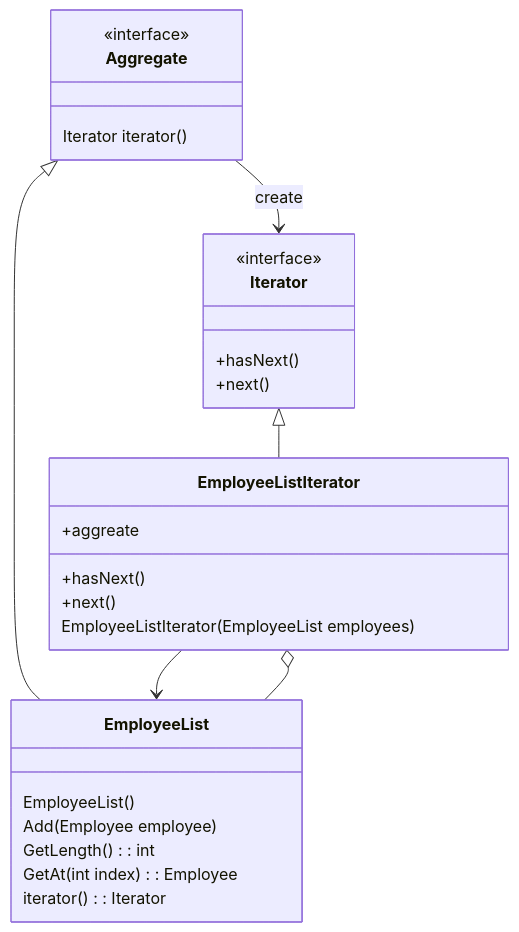
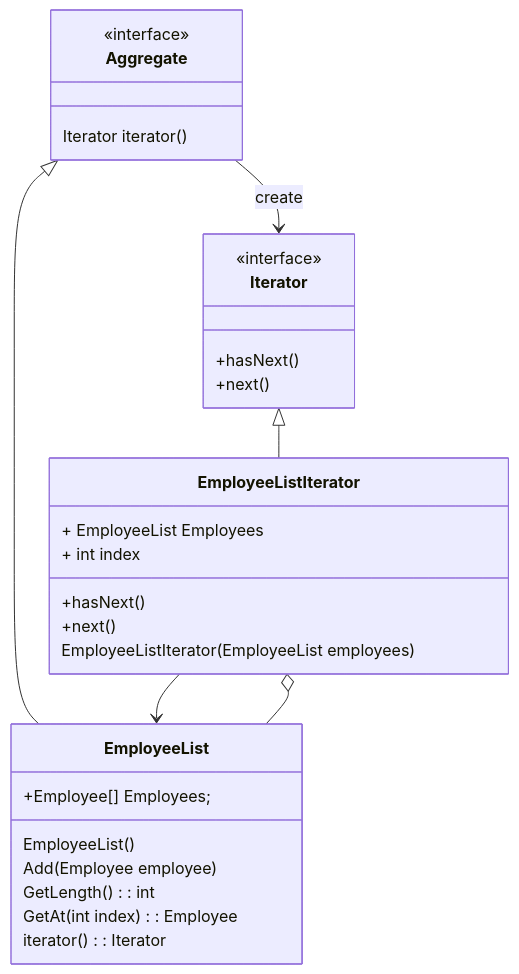
Before and after one commit to tungphan94/DesignPattern: the second of 2 diagrams in Iterator/README.md, drawn with Mermaid.

````diff
--- a/Iterator/README.md
+++ b/Iterator/README.md
@@ -51,36 +51,38 @@
 ```mermaid
 
 classDiagram
 class Aggregate {
 	<<interface>>
 	Iterator iterator()
 }
 
 class EmployeeList {
+ +Employee[] Employees;
 	EmployeeList() 
 	Add(Employee employee)
 	GetLength() : int
 	GetAt(int index) : Employee
 	iterator() : Iterator
 }
 
 class Iterator {
 	<<interface>>
 	+hasNext()
 	+next()
 }
 
 class EmployeeListIterator {
-  +aggreate
+  + EmployeeList Employees
+  + int index
 	+hasNext()
 	+next()
 	EmployeeListIterator(EmployeeList employees)
 }
         
 Aggregate <|-- EmployeeList
 Aggregate --> Iterator : create
 Iterator <|--  EmployeeListIterator
 EmployeeListIterator --> EmployeeList
 EmployeeListIterator o-- EmployeeList
 
 ```
````
